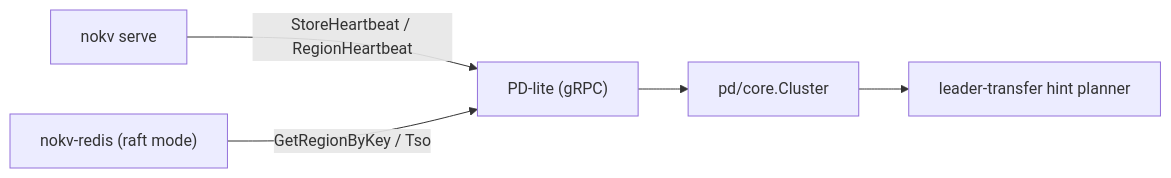
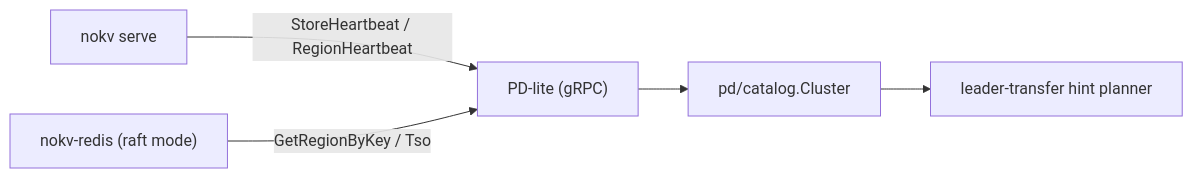
One commit to feichai0017/NoKV changed the diagram in docs/pd.md. Above: the diagram before and after it, drawn with Mermaid. The commit also changed other lines of this file and 62 other files, not shown here.

````diff
--- a/docs/pd.md
+++ b/docs/pd.md
@@ -30,7 +30,7 @@
 ```mermaid
 flowchart LR
     Store["nokv serve"] -->|"StoreHeartbeat / RegionHeartbeat"| PD["PD-lite (gRPC)"]
     Gateway["nokv-redis (raft mode)"] -->|"GetRegionByKey / Tso"| PD
-    PD --> Cluster["pd/core.Cluster"]
+    PD --> Cluster["pd/catalog.Cluster"]
     Cluster --> Scheduler["leader-transfer hint planner"]
 ```
````
